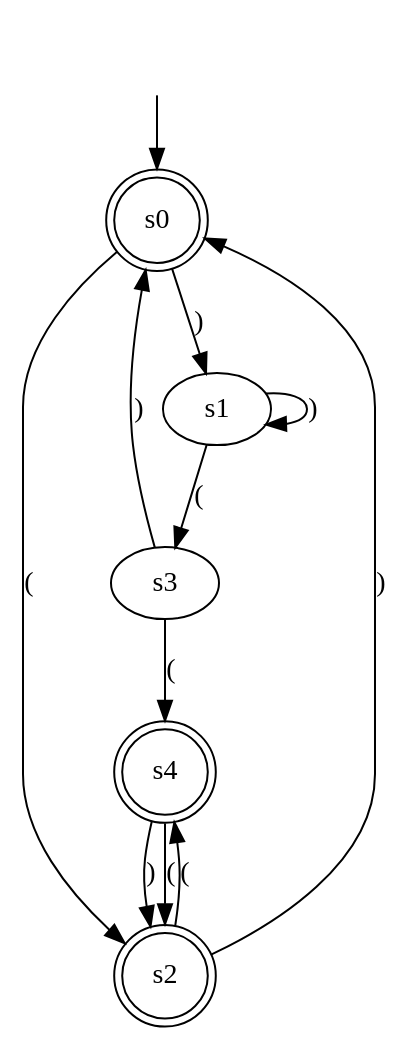
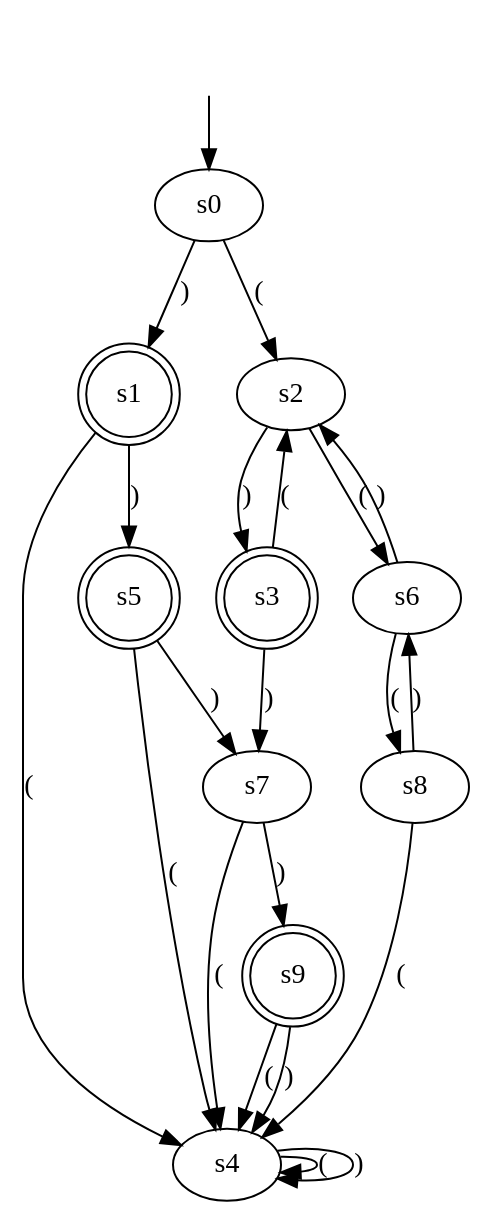
One commit to zdxdsw/dyck1_learnability_generalizability changed the diagram in scripts/experiments/DFAs/S1_d_trulyleq[2-8]_A/S1_d_trulyleq4/0526_222518/29_dfa.dot. Above: the diagram before and after it, drawn with Graphviz. The commit also changed 13 other files, not shown here.

```diff
--- a/scripts/experiments/DFAs/S1_d_trulyleq[2-8]_A/S1_d_trulyleq4/0526_222518/29_dfa.dot
+++ b/scripts/experiments/DFAs/S1_d_trulyleq[2-8]_A/S1_d_trulyleq4/0526_222518/29_dfa.dot
@@ -1,19 +1,34 @@
 digraph "29_dfa" {
-s0 [label="s0", shape=doublecircle];
-s1 [label="s1"];
-s2 [label="s2", shape=doublecircle];
-s3 [label="s3"];
-s4 [label="s4", shape=doublecircle];
+s0 [label="s0"];
+s1 [label="s1", shape=doublecircle];
+s2 [label="s2"];
+s3 [label="s3", shape=doublecircle];
+s4 [label="s4"];
+s5 [label="s5", shape=doublecircle];
+s6 [label="s6"];
+s7 [label="s7"];
+s8 [label="s8"];
+s9 [label="s9", shape=doublecircle];
 s0 -> s2 [label="("];
 s0 -> s1 [label=")"];
-s1 -> s3 [label="("];
-s1 -> s1 [label=")"];
-s2 -> s4 [label="("];
-s2 -> s0 [label=")"];
-s3 -> s4 [label="("];
-s3 -> s0 [label=")"];
-s4 -> s2 [label="("];
-s4 -> s2 [label=")"];
+s1 -> s4 [label="("];
+s1 -> s5 [label=")"];
+s2 -> s6 [label="("];
+s2 -> s3 [label=")"];
+s3 -> s2 [label="("];
+s3 -> s7 [label=")"];
+s4 -> s4 [label="("];
+s4 -> s4 [label=")"];
+s5 -> s4 [label="("];
+s5 -> s7 [label=")"];
+s6 -> s8 [label="("];
+s6 -> s2 [label=")"];
+s7 -> s4 [label="("];
+s7 -> s9 [label=")"];
+s8 -> s4 [label="("];
+s8 -> s6 [label=")"];
+s9 -> s4 [label="("];
+s9 -> s4 [label=")"];
 __start0 [shape=none, label=""];
 __start0 -> s0 [label=""];
 }
```
